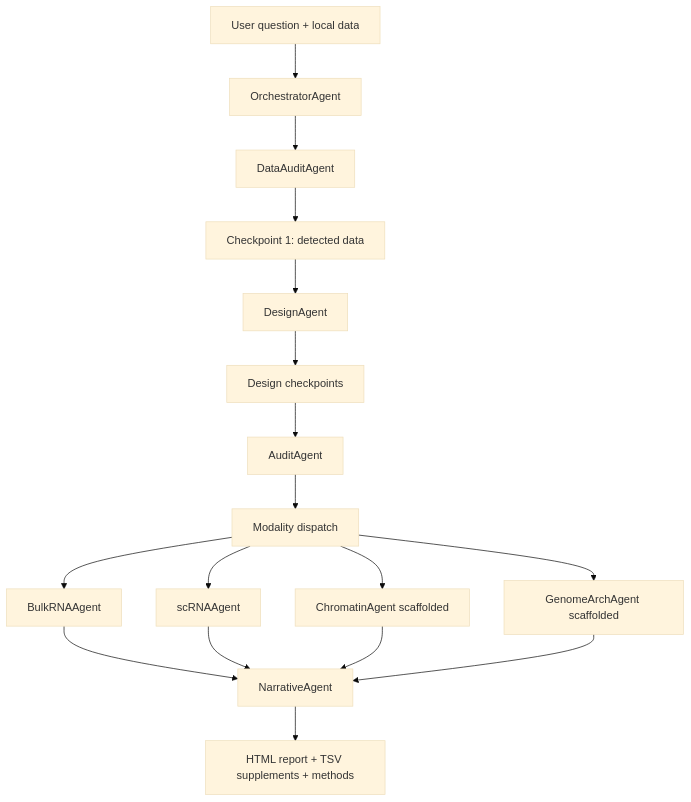
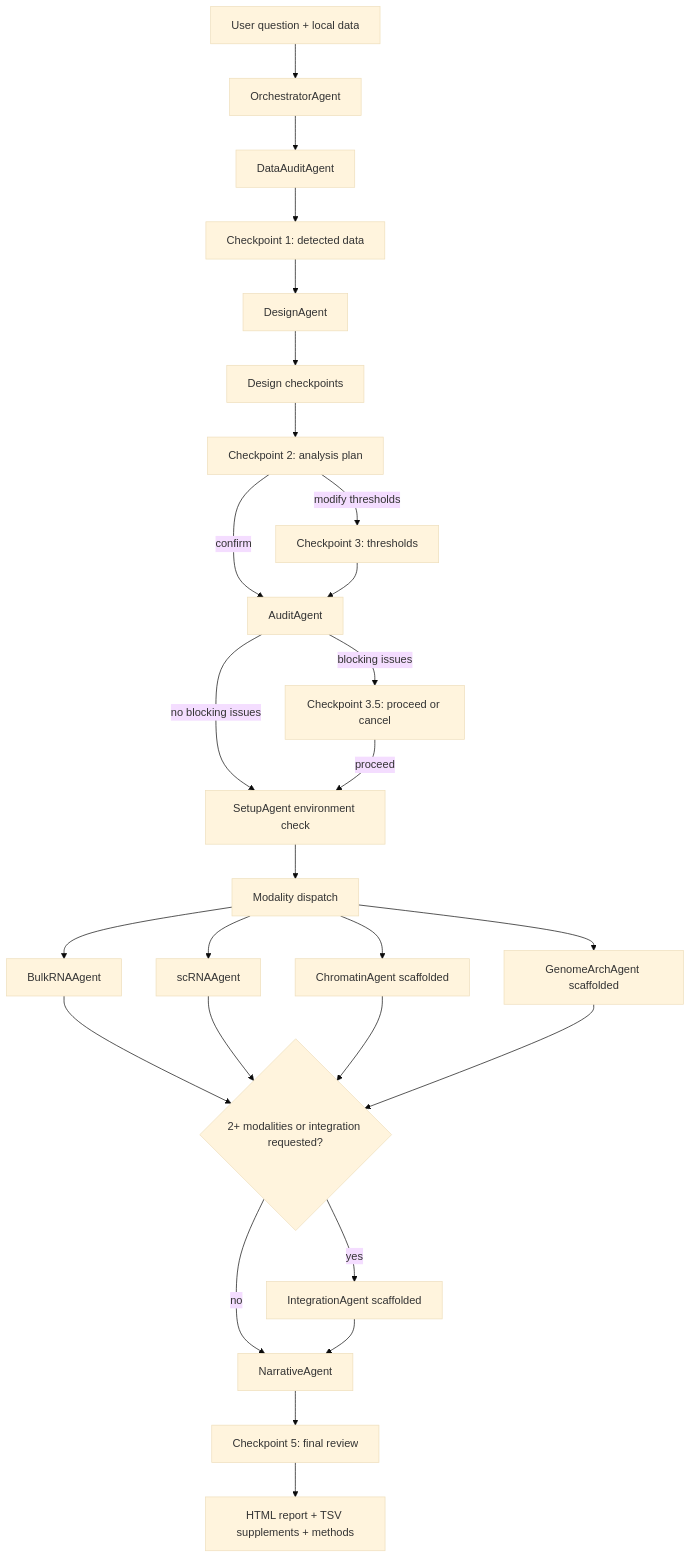
The diagram in docs/diagrams/aria_overview.mmd (Olascoaga/aria-omics), drawn with Mermaid (base theme) before and after one commit. The commit also changed 8 other files, not shown here.

Commit message:
Align documentation diagrams with agent flow

```diff
--- a/docs/diagrams/aria_overview.mmd
+++ b/docs/diagrams/aria_overview.mmd
@@ -1,17 +1,27 @@
 flowchart TD
     U[User question + local data] --> O[OrchestratorAgent]
     O --> DA[DataAuditAgent]
     DA --> CP1[Checkpoint 1: detected data]
     CP1 --> D[DesignAgent]
     D --> CP2[Design checkpoints]
-    CP2 --> A[AuditAgent]
-    A --> DISPATCH[Modality dispatch]
+    CP2 --> PLAN[Checkpoint 2: analysis plan]
+    PLAN -->|confirm| A[AuditAgent]
+    PLAN -->|modify thresholds| CP3[Checkpoint 3: thresholds]
+    CP3 --> A
+    A -->|blocking issues| CP35[Checkpoint 3.5: proceed or cancel]
+    A -->|no blocking issues| SETUP[SetupAgent environment check]
+    CP35 -->|proceed| SETUP
+    SETUP --> DISPATCH[Modality dispatch]
     DISPATCH --> B[BulkRNAAgent]
     DISPATCH --> S[scRNAAgent]
     DISPATCH --> C[ChromatinAgent scaffolded]
     DISPATCH --> H[GenomeArchAgent scaffolded]
-    B --> N[NarrativeAgent]
-    S --> N
-    C --> N
-    H --> N
-    N --> R[HTML report + TSV supplements + methods]
+    B --> M{2+ modalities or integration requested?}
+    S --> M
+    C --> M
+    H --> M
+    M -->|yes| INT[IntegrationAgent scaffolded]
+    M -->|no| N[NarrativeAgent]
+    INT --> N
+    N --> CP5[Checkpoint 5: final review]
+    CP5 --> R[HTML report + TSV supplements + methods]
```
